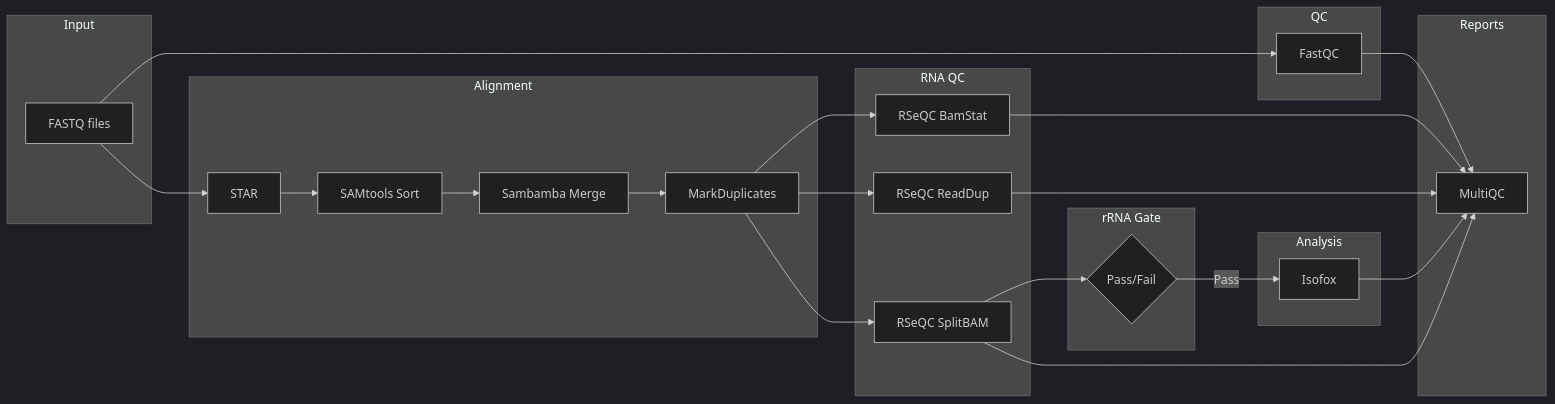
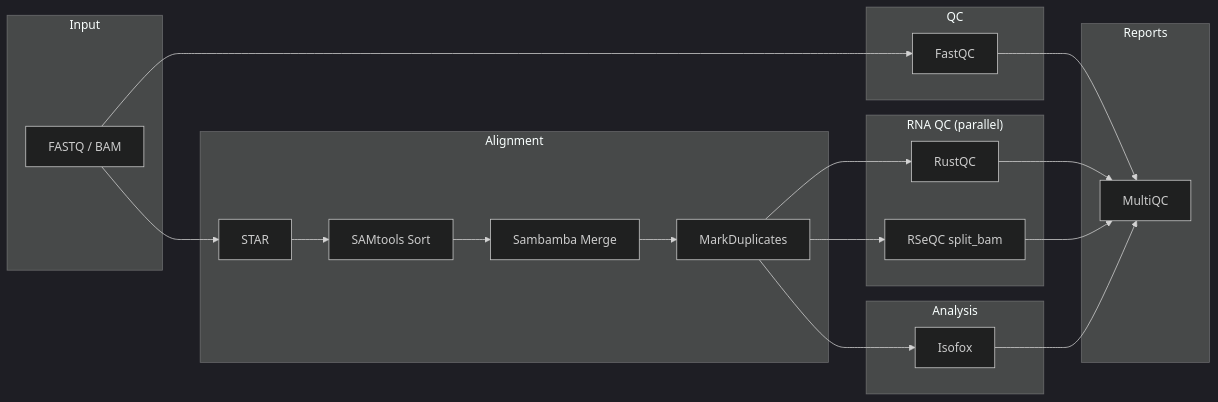
One commit to rhassaine/nf-core-hmfrnaseq changed the diagram in README.md. Above: the diagram before and after it, drawn with Mermaid (dark theme). The commit also changed other lines of this file, not shown here.

````diff
--- a/README.md
+++ b/README.md
@@ -22,45 +22,37 @@
 ```mermaid
 flowchart LR
     subgraph Input
-        FASTQ[FASTQ files]
+        FASTQ[FASTQ / BAM]
     end
 
     subgraph QC
         FASTQC[FastQC]
     end
 
     subgraph Alignment
         STAR[STAR] --> SORT[SAMtools Sort] --> MERGE[Sambamba Merge] --> MARKDUP[MarkDuplicates]
     end
 
-    subgraph "RNA QC"
-        BAMSTAT[RSeQC BamStat]
-        READDUP[RSeQC ReadDup]
-        SPLITBAM[RSeQC SplitBAM]
-    end
-
-    subgraph "rRNA Gate"
-        GATE{Pass/Fail}
+    subgraph "RNA QC (parallel)"
+        RUSTQC[RustQC]
+        RSEQC[RSeQC split_bam]
     end
 
     subgraph Analysis
         ISOFOX[Isofox]
     end
 
     subgraph Reports
         MULTIQC[MultiQC]
     end
 
     FASTQ --> FASTQC
     FASTQ --> STAR
-    MARKDUP --> BAMSTAT
-    MARKDUP --> READDUP
-    MARKDUP --> SPLITBAM
-    SPLITBAM --> GATE
-    GATE -->|Pass| ISOFOX
-    BAMSTAT --> MULTIQC
-    READDUP --> MULTIQC
-    SPLITBAM --> MULTIQC
+    MARKDUP --> RUSTQC
+    MARKDUP --> RSEQC
+    MARKDUP --> ISOFOX
+    RUSTQC --> MULTIQC
+    RSEQC --> MULTIQC
     FASTQC --> MULTIQC
     ISOFOX --> MULTIQC
 ```
````
